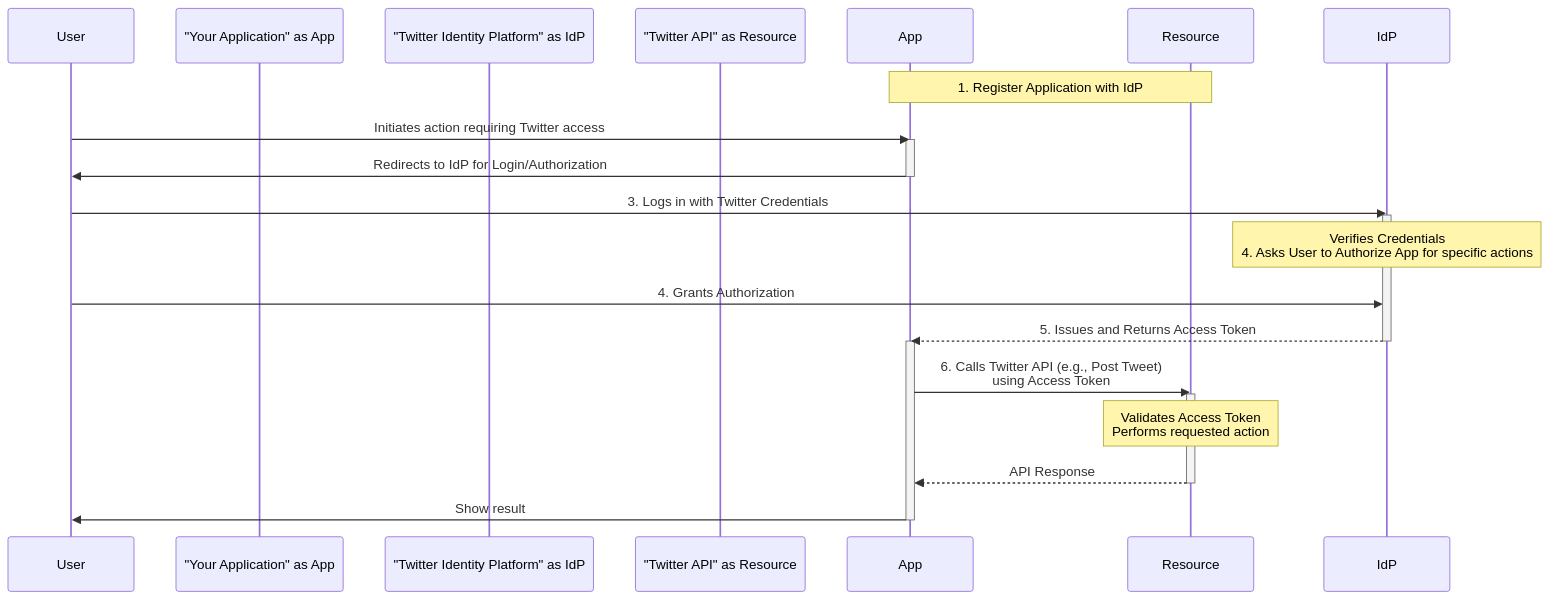
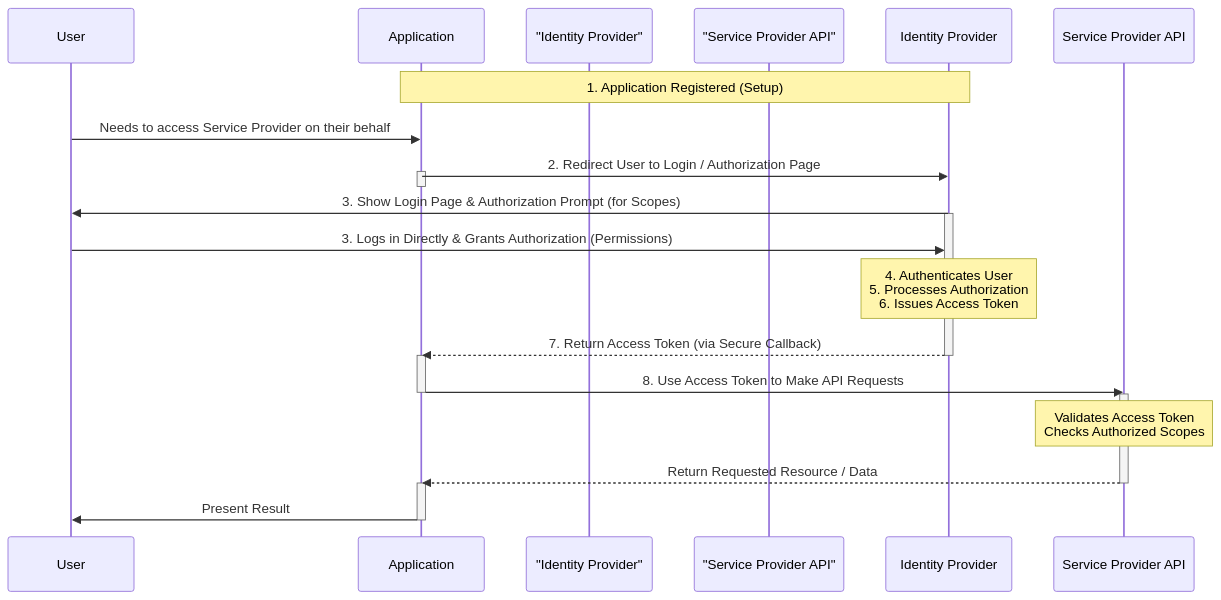
One commit to franBec/azure changed the diagram in docs/microsoft-identity-platform/oauth-2-0.md. Above: the diagram before and after it, drawn with Mermaid. The commit also changed other lines of this file, not shown here.

````diff
--- a/docs/microsoft-identity-platform/oauth-2-0.md
+++ b/docs/microsoft-identity-platform/oauth-2-0.md
@@ -20,37 +17,39 @@
 ```mermaid
 sequenceDiagram
     participant User
-    participant "Your Application" as App
-    participant "Twitter Identity Platform" as IdP
-    participant "Twitter API" as Resource
+    participant Application
+    participant "Identity Provider"
+    participant "Service Provider API"
 
-    Note over App, Resource: 1. Register Application with IdP
+    Note over Application, Identity Provider: 1. Application Registered (Setup)
 
-    User->>App: Initiates action requiring Twitter access
-    activate App
+    User->>Application: Needs to access Service Provider on their behalf
 
-    App->>User: Redirects to IdP for Login/Authorization
-    deactivate App
+    Application->>Identity Provider: 2. Redirect User to Login / Authorization Page
+    activate Application
+    deactivate Application
 
-    User->>IdP: 3. Logs in with Twitter Credentials
-    activate IdP
+    Identity Provider->>User: 3. Show Login Page & Authorization Prompt (for Scopes)
+    activate Identity Provider
 
-    Note over IdP: Verifies Credentials<br/>4. Asks User to Authorize App for specific actions
+    User->>Identity Provider: 3. Logs in Directly & Grants Authorization (Permissions)
 
-    User->>IdP: 4. Grants Authorization
-    IdP-->>App: 5. Issues and Returns Access Token
+    Note over Identity Provider: 4. Authenticates User<br/>5. Processes Authorization<br/>6. Issues Access Token
 
-    deactivate IdP
-    activate App
+    Identity Provider-->>Application: 7. Return Access Token (via Secure Callback)
+    deactivate Identity Provider
+    activate Application
 
-    App->>Resource: 6. Calls Twitter API (e.g., Post Tweet)<br/>using Access Token
-    activate Resource
+    Application->>Service Provider API: 8. Use Access Token to Make API Requests
+    deactivate Application
+    activate Service Provider API
 
-    Note over Resource: Validates Access Token<br/>Performs requested action
+    Note over Service Provider API: Validates Access Token<br/>Checks Authorized Scopes
 
-    Resource-->>App: API Response
-    deactivate Resource
+    Service Provider API-->>Application: Return Requested Resource / Data
+    deactivate Service Provider API
+    activate Application
 
-    App->>User: Show result
-    deactivate App
+    Application->>User: Present Result
+    deactivate Application
 ```
````
